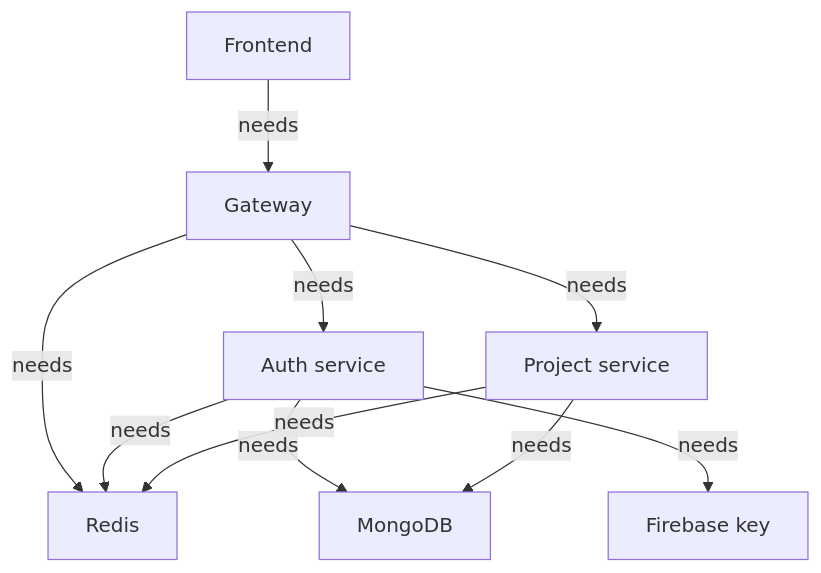
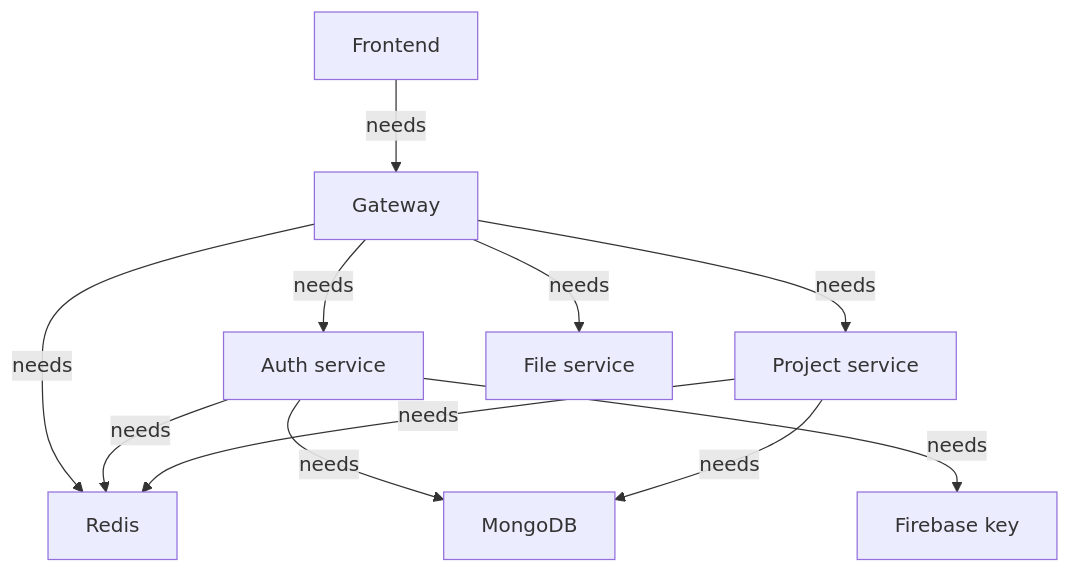
The fourth of 4 diagrams in docs/getting-started.md (yamanhassan1/NexPulse), drawn with Mermaid before and after one commit. The commit also changed other lines of this file and 57 other files, not shown here.

````diff
--- a/docs/getting-started.md
+++ b/docs/getting-started.md
@@ -392,12 +379,13 @@
 ```mermaid
 flowchart TD
     FE["Frontend"] -->|"needs"| GW["Gateway"]
     GW -->|"needs"| AU["Auth service"]
     GW -->|"needs"| PR["Project service"]
+    GW -->|"needs"| FS["File service"]
     GW -->|"needs"| RD["Redis"]
     AU -->|"needs"| RD
     AU -->|"needs"| DB["MongoDB"]
     AU -->|"needs"| FB["Firebase key"]
     PR -->|"needs"| RD
     PR -->|"needs"| DB
 ```
````
